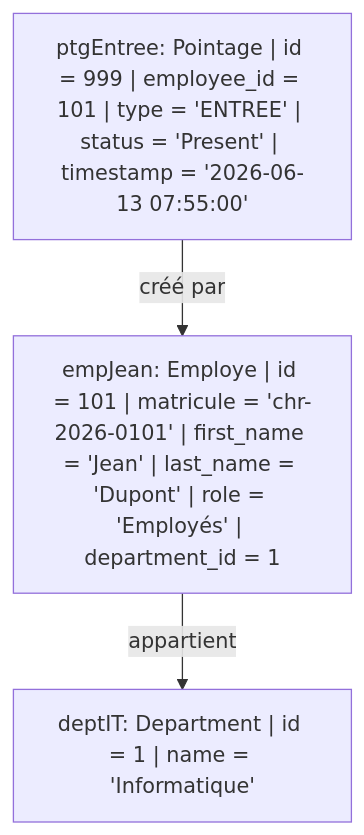
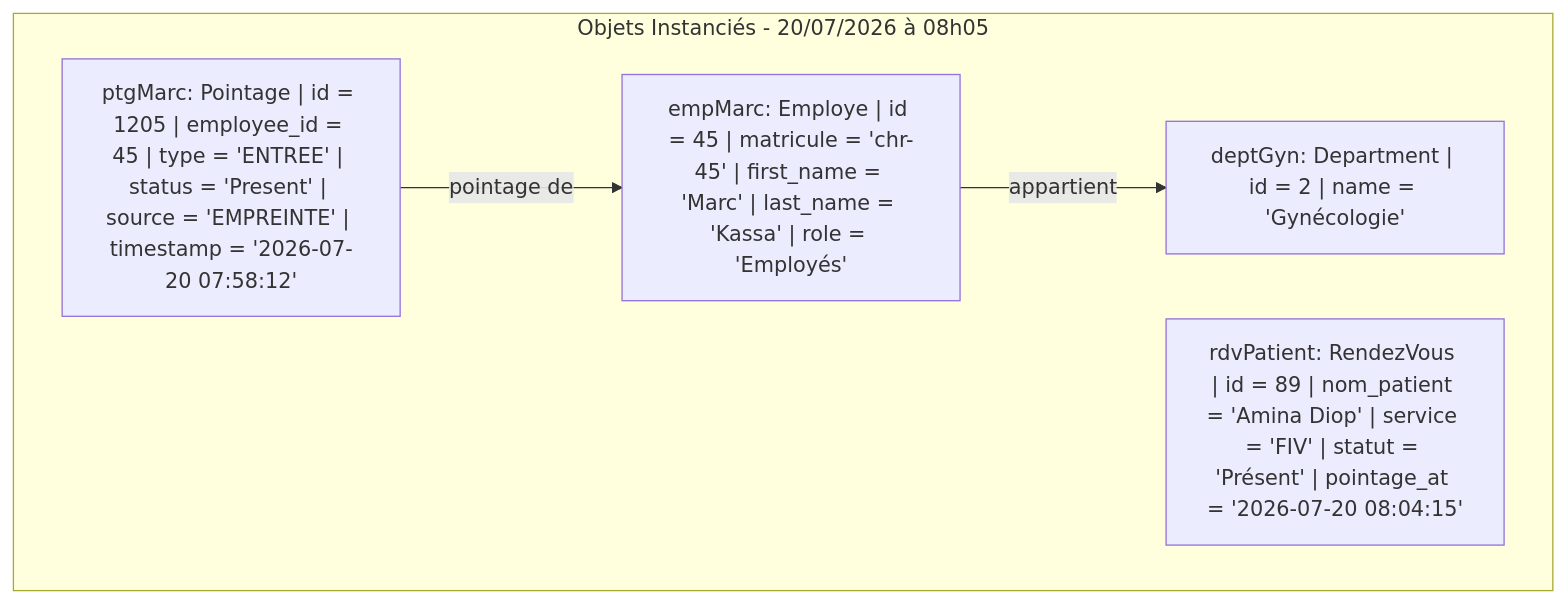
Diagram 12 of 14 in rapport_de_stage_diagrammes.md (Evrad15/C.H.R.A.C.E.R.H), drawn with Mermaid before and after one commit. The commit also changed other lines of this file and 19 other files, not shown here.

Commit message:
docs: update project README and documentation with comprehensive architectural diagrams and feature specifications

````diff
--- a/rapport_de_stage_diagrammes.md
+++ b/rapport_de_stage_diagrammes.md
@@ -418,9 +450,13 @@
 ```mermaid
 graph TD
-    dept1["deptIT: Department | id = 1 | name = 'Informatique'"]
-    emp1["empJean: Employe | id = 101 | matricule = 'chr-2026-0101' | first_name = 'Jean' | last_name = 'Dupont' | role = 'Employés' | department_id = 1"]
-    ptg1["ptgEntree: Pointage | id = 999 | employee_id = 101 | type = 'ENTREE' | status = 'Present' | timestamp = '2026-06-13 07:55:00'"]
+    subgraph "Objets Instanciés - 20/07/2026 à 08h05"
+        dept1["deptGyn: Department | id = 2 | name = 'Gynécologie'"]
+        emp1["empMarc: Employe | id = 45 | matricule = 'chr-45' | first_name = 'Marc' | last_name = 'Kassa' | role = 'Employés'"]
+        ptg1["ptgMarc: Pointage | id = 1205 | employee_id = 45 | type = 'ENTREE' | status = 'Present' | source = 'EMPREINTE' | timestamp = '2026-07-20 07:58:12'"]
+        
+        rdv1["rdvPatient: RendezVous | id = 89 | nom_patient = 'Amina Diop' | service = 'FIV' | statut = 'Présent' | pointage_at = '2026-07-20 08:04:15'"]
+    end
 
     emp1 -->|appartient| dept1
-    ptg1 -->|créé par| emp1
+    ptg1 -->|pointage de| emp1
 ```
````
